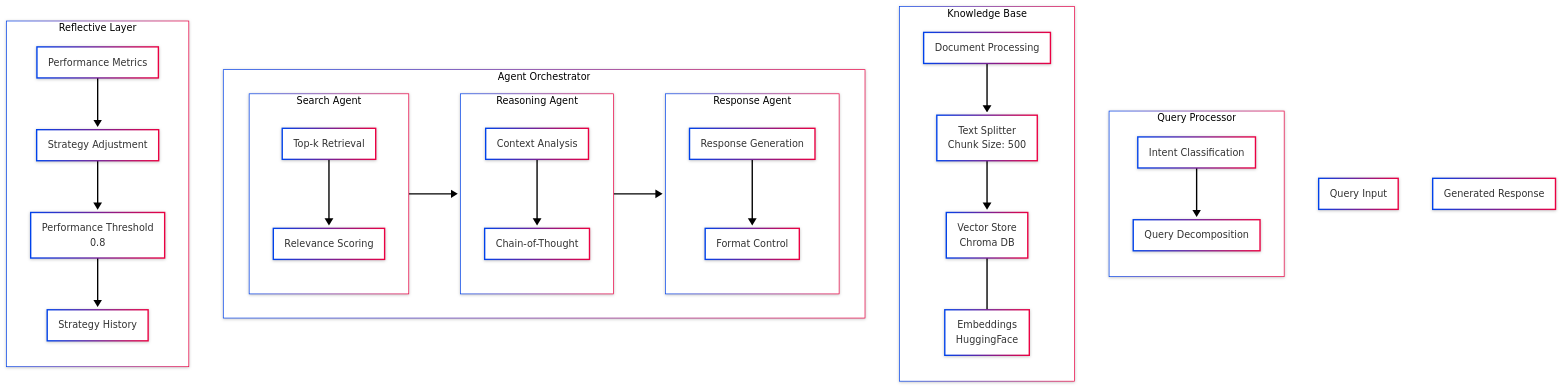
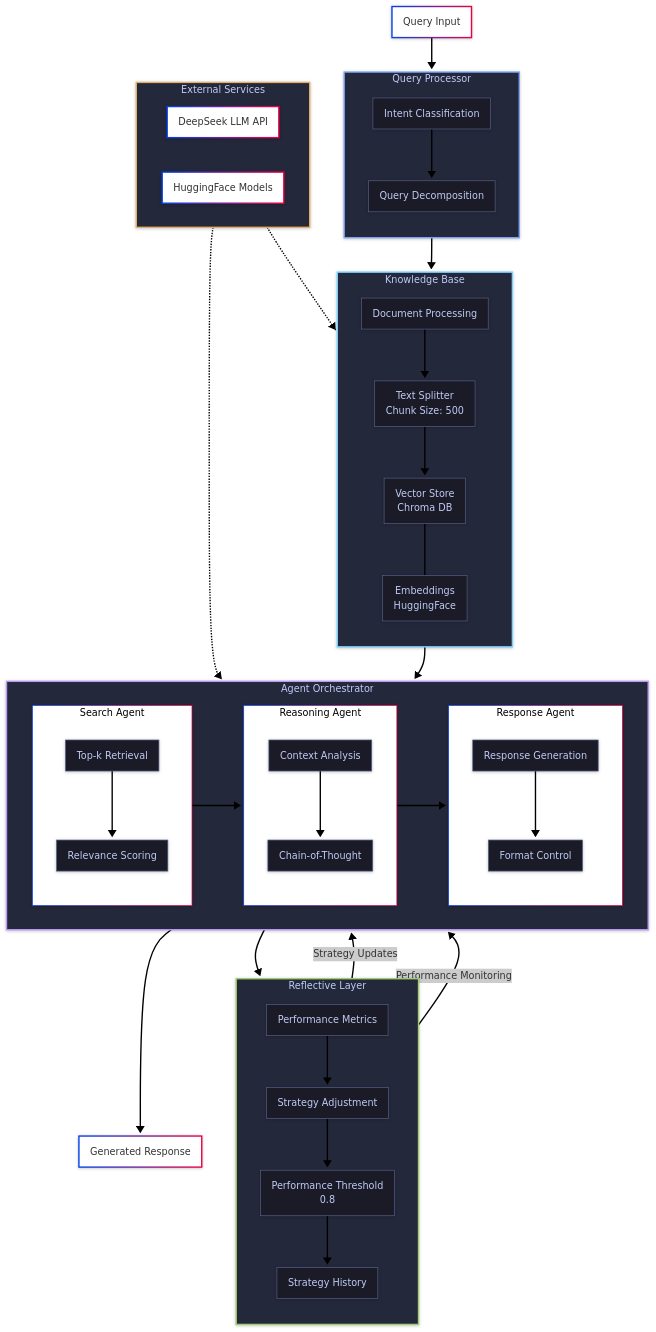
Before and after one commit to flight505/Agentic_RAG: the diagram in Reflective Agentic RAG System Architecture.md, drawn with Mermaid.

Commit message:
neo theme

````diff
--- a/Reflective Agentic RAG System Architecture.md
+++ b/Reflective Agentic RAG System Architecture.md
@@ -86,4 +86,42 @@
         Strategy --> Threshold
         Threshold --> History
     end
+
+    %% External Services
+    subgraph External[External Services]
+        direction LR
+        DeepSeek[DeepSeek LLM API]
+        HuggingFace[HuggingFace Models]
+    end
+
+    %% Connections
+    Query --> QueryProcessor
+    QueryProcessor --> KnowledgeBase
+    KnowledgeBase --> Search
+    
+    ResponseAgent --> Response
+    
+    %% External Service Connections
+    DeepSeek -.-> ResponseAgent
+    HuggingFace -.-> Embed
+    
+    %% Reflective Layer Connections
+    ResponseAgent --> Metrics
+    Reflective --> |Strategy Updates| Search
+    Reflective --> |Performance Monitoring| Reason
+
+    %% Neo Theme Enhancements
+    classDef processor fill:#24283b,stroke:#7aa2f7,stroke-width:2px,color:#c0caf5
+    classDef knowledge fill:#24283b,stroke:#7dcfff,stroke-width:2px,color:#c0caf5
+    classDef agent fill:#24283b,stroke:#bb9af7,stroke-width:2px,color:#c0caf5
+    classDef reflective fill:#24283b,stroke:#9ece6a,stroke-width:2px,color:#c0caf5
+    classDef external fill:#24283b,stroke:#e0af68,stroke-width:2px,color:#c0caf5
+    classDef subcomponent fill:#1a1b26,stroke:#565f89,stroke-width:1px,color:#c0caf5
+    
+    class QueryProcessor processor
+    class KnowledgeBase knowledge
+    class AgentOrchestrator agent
+    class Reflective reflective
+    class External external
+    class Intent,Decomp,DocProcess,TextSplit,VectorStore,Embed,TopK,RelScore,Context,CoT,Generate,Format,Metrics,Strategy,Threshold,History subcomponent
 ```
````
